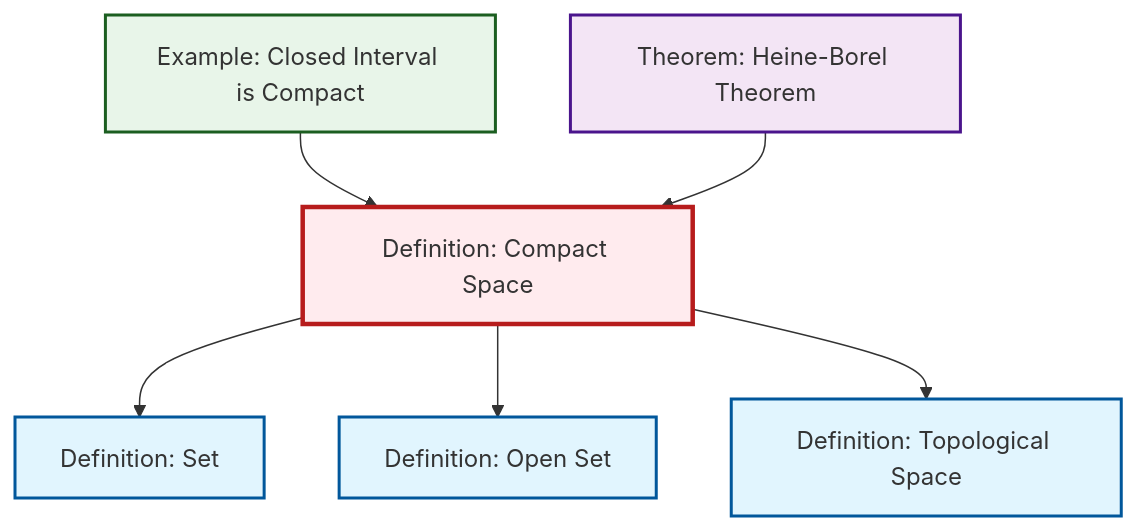
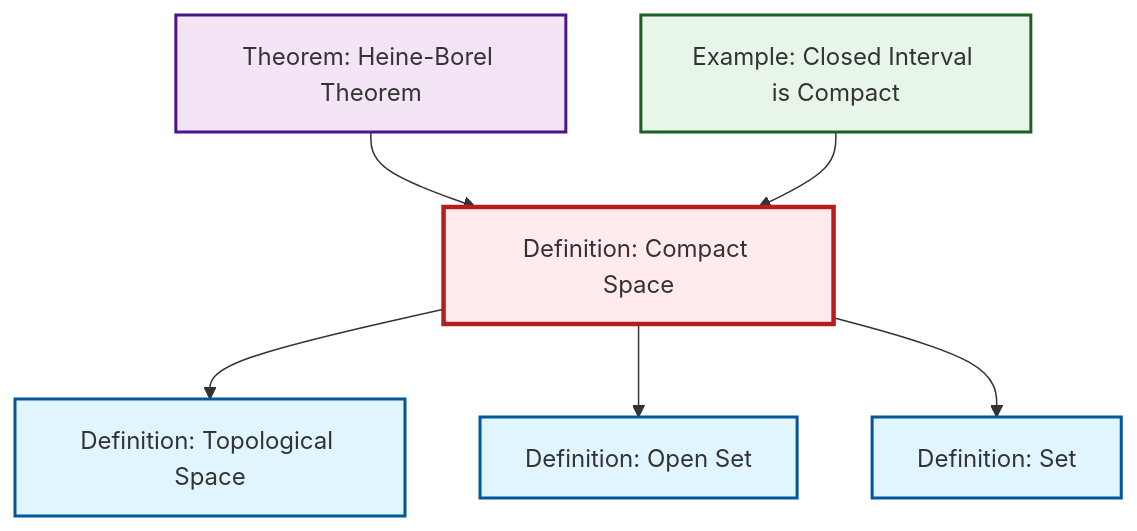
One commit to RK0429/ModernMath changed the diagram in output/mermaid/def-compact.mermaid. Above: the diagram before and after it, drawn with Mermaid. The commit also changed other lines of this file and 1203 other files, not shown here.

```diff
--- a/output/mermaid/def-compact.mermaid
+++ b/output/mermaid/def-compact.mermaid
@@ -1,19 +1,19 @@
 %%| fig-cap: "Local dependency graph"
 graph TD
     classDef definition fill:#e1f5fe,stroke:#01579b,stroke-width:2px
     classDef theorem fill:#f3e5f5,stroke:#4a148c,stroke-width:2px
     classDef axiom fill:#fff3e0,stroke:#e65100,stroke-width:2px
     classDef example fill:#e8f5e9,stroke:#1b5e20,stroke-width:2px
     classDef current fill:#ffebee,stroke:#b71c1c,stroke-width:3px
-    ex-closed-interval-compact["Example: Closed Interval is Compact"]:::example
     def-topological-space["Definition: Topological Space"]:::definition
+    def-open-set["Definition: Open Set"]:::definition
     def-compact["Definition: Compact Space"]:::definition
     thm-heine-borel["Theorem: Heine-Borel Theorem"]:::theorem
-    def-open-set["Definition: Open Set"]:::definition
+    ex-closed-interval-compact["Example: Closed Interval is Compact"]:::example
     def-set["Definition: Set"]:::definition
+    def-compact --> def-topological-space
+    def-compact --> def-open-set
     def-compact --> def-set
-    def-compact --> def-open-set
+    thm-heine-borel --> def-compact
     ex-closed-interval-compact --> def-compact
-    def-compact --> def-topological-space
-    thm-heine-borel --> def-compact
     class def-compact current
```
